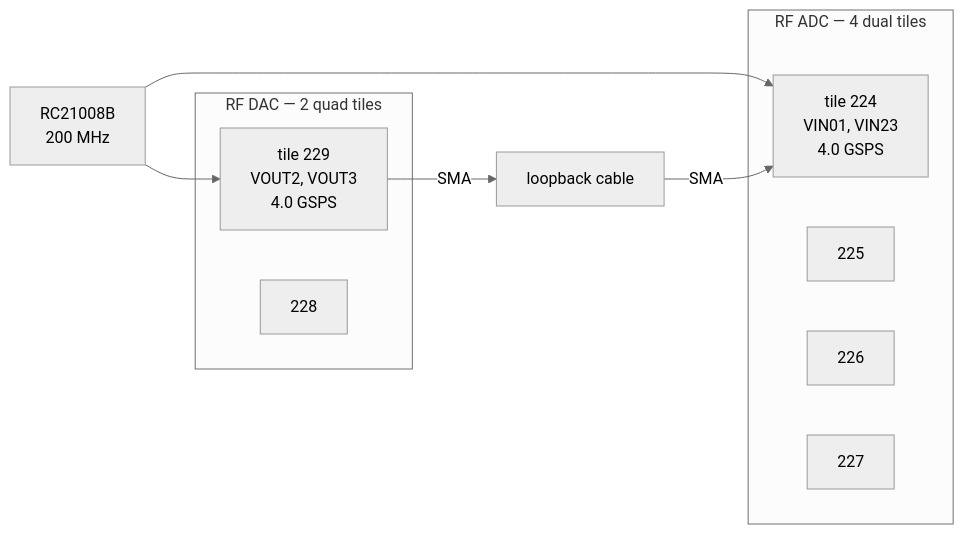
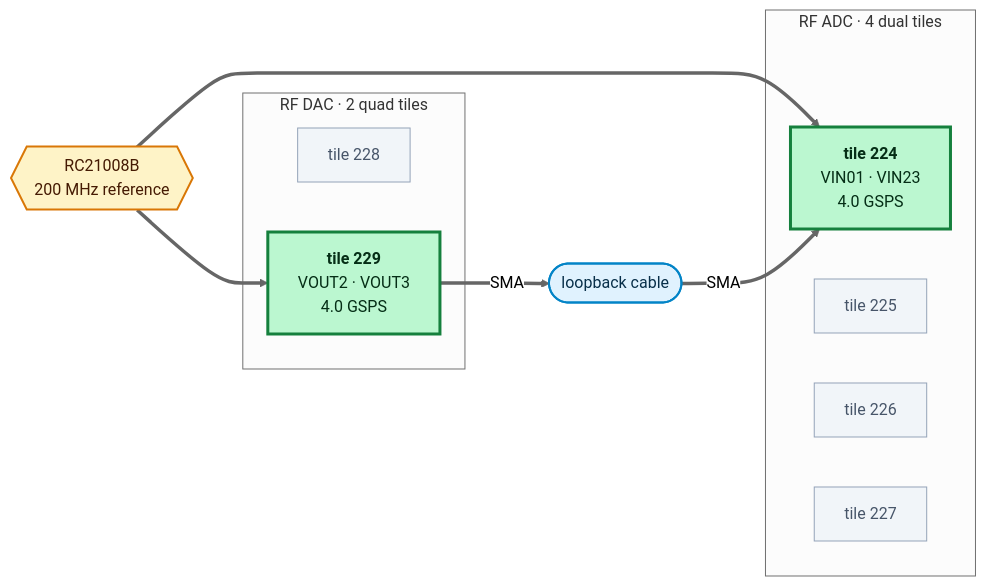
One commit to JutsFunFor/xczu27dr-rfsoc changed the diagram in adc-dac/README.md. Above: the diagram before and after it, drawn with Mermaid (neutral theme). The commit also changed other lines of this file and 16 other files, not shown here.

````diff
--- a/adc-dac/README.md
+++ b/adc-dac/README.md
@@ -43,14 +60,32 @@
 ```mermaid
 flowchart LR
-  RC["RC21008B<br/>200 MHz"] --> T224
-  RC --> T229
-  subgraph ADC["RF ADC — 4 dual tiles"]
-    T224["tile 224<br/>VIN01, VIN23<br/>4.0 GSPS"]
-    T225["225"] ; T226["226"] ; T227["227"]
+  RC{{"RC21008B<br/>200 MHz reference"}}
+
+  subgraph ADCT["RF ADC · 4 dual tiles"]
+    T224["<b>tile 224</b><br/>VIN01 · VIN23<br/>4.0 GSPS"]
+    T225["tile 225"]
+    T226["tile 226"]
+    T227["tile 227"]
   end
-  subgraph DAC["RF DAC — 2 quad tiles"]
-    T228["228"]
-    T229["tile 229<br/>VOUT2, VOUT3<br/>4.0 GSPS"]
+
+  subgraph DACT["RF DAC · 2 quad tiles"]
+    T228["tile 228"]
+    T229["<b>tile 229</b><br/>VOUT2 · VOUT3<br/>4.0 GSPS"]
   end
-  T229 -->|"SMA"| CABLE["loopback cable"] -->|"SMA"| T224
+
+  RC ==> T224
+  RC ==> T229
+
+  T229 ==>|"SMA"| CABLE(["loopback cable"])
+  CABLE ==>|"SMA"| T224
+
+  classDef clk   fill:#fef3c7,stroke:#d97706,stroke-width:2px,color:#451a03
+  classDef live  fill:#bbf7d0,stroke:#15803d,stroke-width:3px,color:#052e16
+  classDef idle  fill:#f1f5f9,stroke:#94a3b8,stroke-width:1px,color:#475569
+  classDef ext   fill:#e0f2fe,stroke:#0284c7,stroke-width:2px,color:#082f49
+
+  class RC clk
+  class T224,T229 live
+  class T225,T226,T227,T228 idle
+  class CABLE ext
 ```
````
